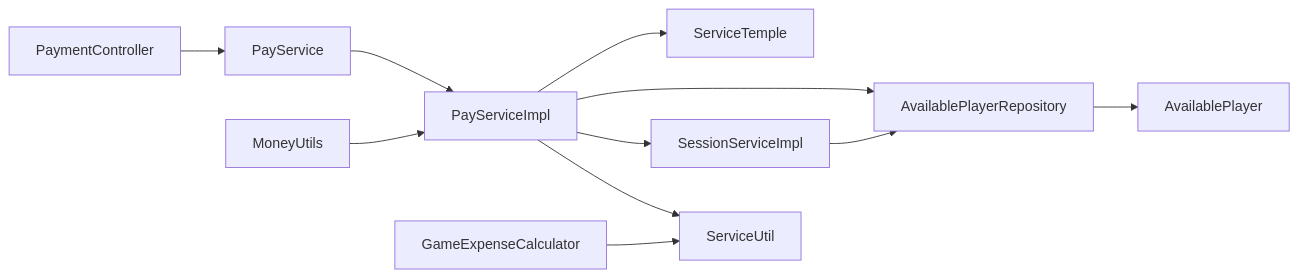
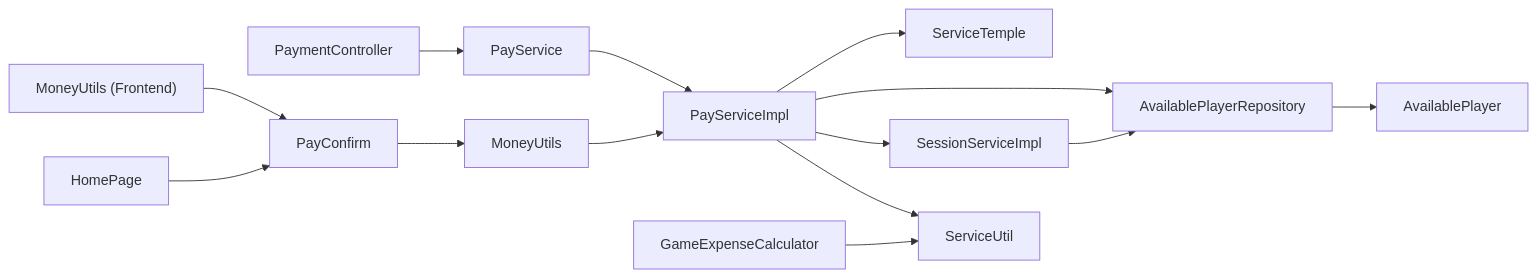
The eighth of 8 diagrams in .qoder/repowiki/en/content/Payment & Financial System.md (Vissel/badminton-court-management), drawn with Mermaid before and after one commit. The commit also changed other lines of this file and 36 other files, not shown here.

````diff
--- a/.qoder/repowiki/en/content/Payment & Financial System.md
+++ b/.qoder/repowiki/en/content/Payment & Financial System.md
@@ -415,13 +483,16 @@
 ```mermaid
 graph LR
 PC["PaymentController"] --> PS["PayService"]
 PS --> PSI["PayServiceImpl"]
 PSI --> ST["ServiceTemple"]
 PSI --> APR["AvailablePlayerRepository"]
 PSI --> SS["SessionServiceImpl"]
 PSI --> SU["ServiceUtil"]
 APR --> AP["AvailablePlayer"]
 SS --> APR
 GEC["GameExpenseCalculator"] --> SU
 MU["MoneyUtils"] --> PSI
+MUF["MoneyUtils (Frontend)"] --> PCF["PayConfirm"]
+HC["HomePage"] --> PCF
+PCF --> MU
 ```
````
